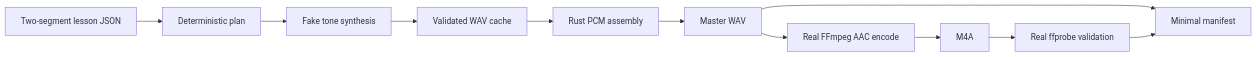
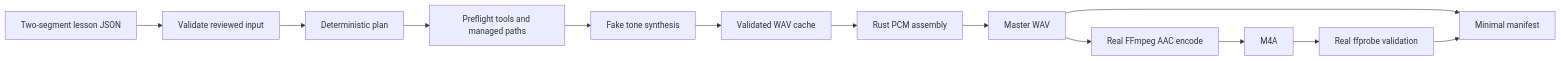
The diagram in docs/architecture/WALKING-SKELETON.md (rsstdd/technical-tts), drawn with Mermaid before and after one commit. The commit also changed other lines of this file and 3 other files, not shown here.

````diff
--- a/docs/architecture/WALKING-SKELETON.md
+++ b/docs/architecture/WALKING-SKELETON.md
@@ -23,13 +24,15 @@
 ```mermaid
 flowchart LR
-    Lesson["Two-segment lesson JSON"] --> Plan["Deterministic plan"]
-    Plan --> Fake["Fake tone synthesis"]
+    Lesson["Two-segment lesson JSON"] --> Validate["Validate reviewed input"]
+    Validate --> Plan["Deterministic plan"]
+    Plan --> Preflight["Preflight tools and managed paths"]
+    Preflight --> Fake["Fake tone synthesis"]
     Fake --> Cache["Validated WAV cache"]
     Cache --> PCM["Rust PCM assembly"]
     PCM --> WAV["Master WAV"]
     WAV --> FFmpeg["Real FFmpeg AAC encode"]
     FFmpeg --> M4A["M4A"]
     M4A --> Probe["Real ffprobe validation"]
     WAV --> Manifest["Minimal manifest"]
     Probe --> Manifest
 ```
````
